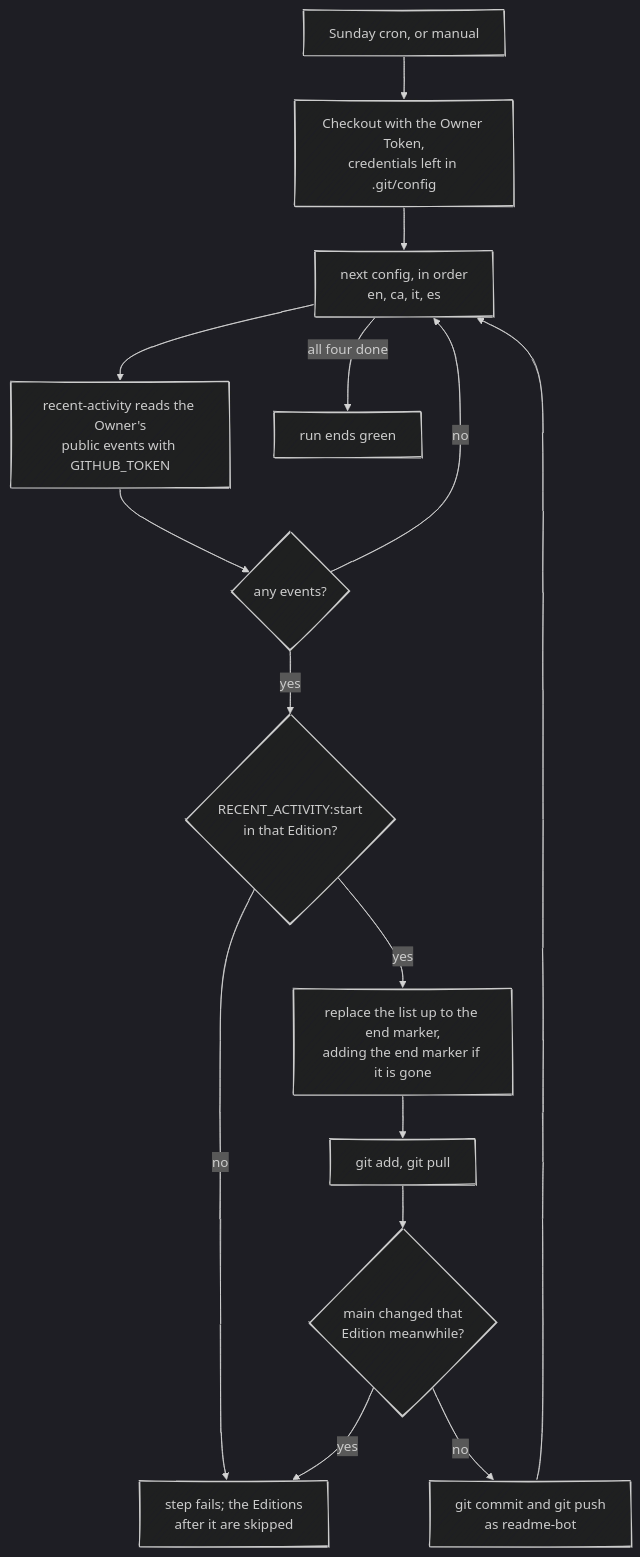
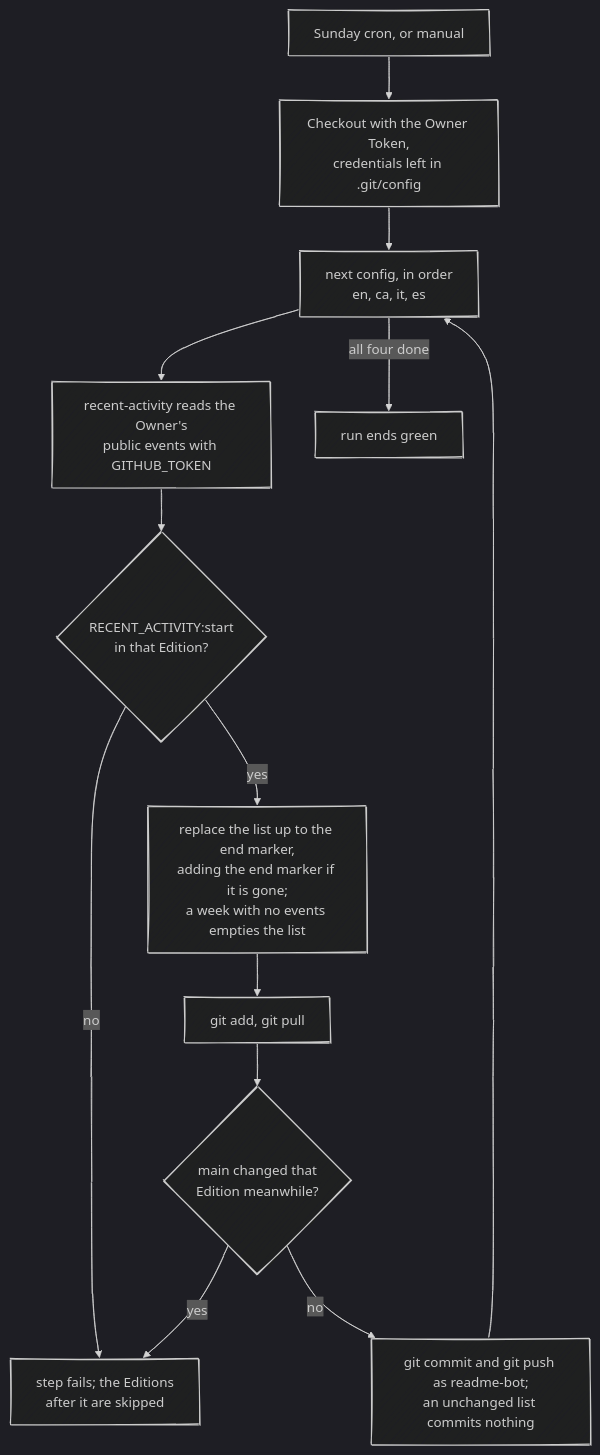
One commit to fbuireu/fbuireu changed the second of 9 diagrams in ARCHITECTURE.md. Above: the diagram before and after it, drawn with Mermaid (dark theme). The commit also changed other lines of this file, not shown here.

First line of the commit message:
docs: draw the refresh flows as the pinned actions run them

````diff
--- a/ARCHITECTURE.md
+++ b/ARCHITECTURE.md
@@ -96,22 +96,20 @@
 ```mermaid
 ---
 config:
   look: handDrawn
   layout: dagre
 ---
 flowchart TD
     cron["Sunday cron, or manual"] --> checkout["Checkout with the Owner Token,<br/>credentials left in .git/config"]
     checkout --> next["next config, in order<br/>en, ca, it, es"]
     next --> events["recent-activity reads the Owner's<br/>public events with GITHUB_TOKEN"]
-    events --> any{"any events?"}
-    any -->|no| next
-    any -->|yes| marker{"RECENT_ACTIVITY:start<br/>in that Edition?"}
+    events --> marker{"RECENT_ACTIVITY:start<br/>in that Edition?"}
     marker -->|no| fail["step fails; the Editions<br/>after it are skipped"]
-    marker -->|yes| rewrite["replace the list up to the end marker,<br/>adding the end marker if it is gone"]
+    marker -->|yes| rewrite["replace the list up to the end marker,<br/>adding the end marker if it is gone;<br/>a week with no events empties the list"]
     rewrite --> pull["git add, git pull"]
     pull --> moved{"main changed that<br/>Edition meanwhile?"}
     moved -->|yes| fail
-    moved -->|no| push["git commit and git push<br/>as readme-bot"]
+    moved -->|no| push["git commit and git push as readme-bot;<br/>an unchanged list commits nothing"]
     push --> next
     next -->|"all four done"| done["run ends green"]
 ```
````
